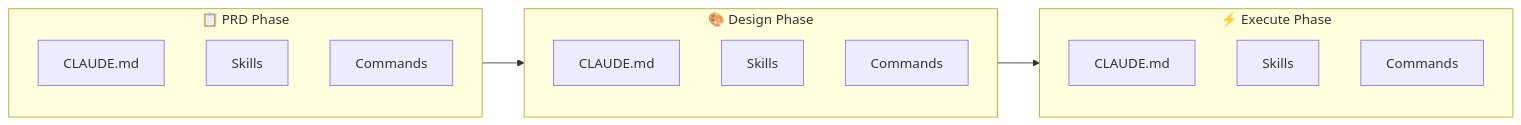
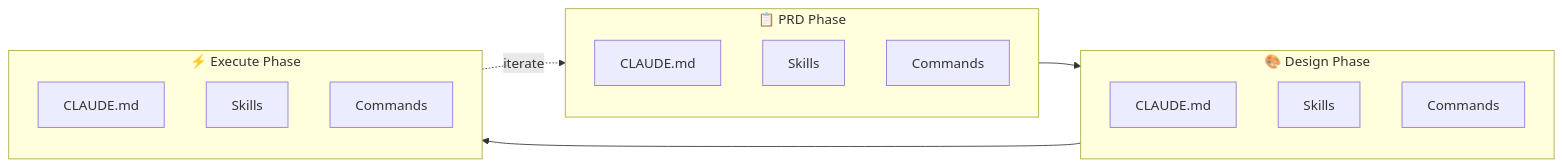
One commit to cliangdev/specflux changed the first of 4 diagrams in docs/ARCHITECTURE.md. Above: the diagram before and after it, drawn with Mermaid.

Commit message:
docs: make development phases an iterable cycle
Add iterate loop from Execute back to PRD.

🤖 Generated with [Claude Code](https://claude.com/claude-code)

````diff
--- a/docs/ARCHITECTURE.md
+++ b/docs/ARCHITECTURE.md
@@ -9,22 +9,23 @@
 ```mermaid
 flowchart LR
     subgraph PRD ["📋 PRD Phase"]
         P1[CLAUDE.md]
         P2[Skills]
         P3[Commands]
     end
 
     subgraph Design ["🎨 Design Phase"]
         D1[CLAUDE.md]
         D2[Skills]
         D3[Commands]
     end
 
     subgraph Execute ["⚡ Execute Phase"]
         E1[CLAUDE.md]
         E2[Skills]
         E3[Commands]
     end
 
     PRD --> Design --> Execute
+    Execute -.->|iterate| PRD
 ```
````
